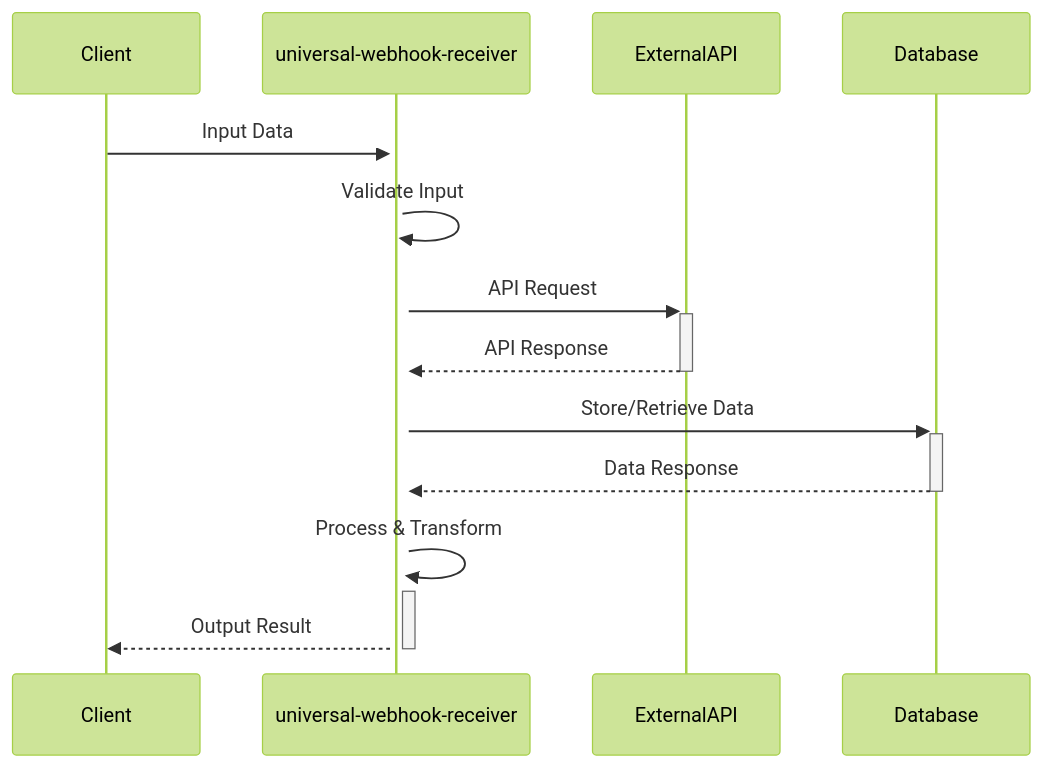
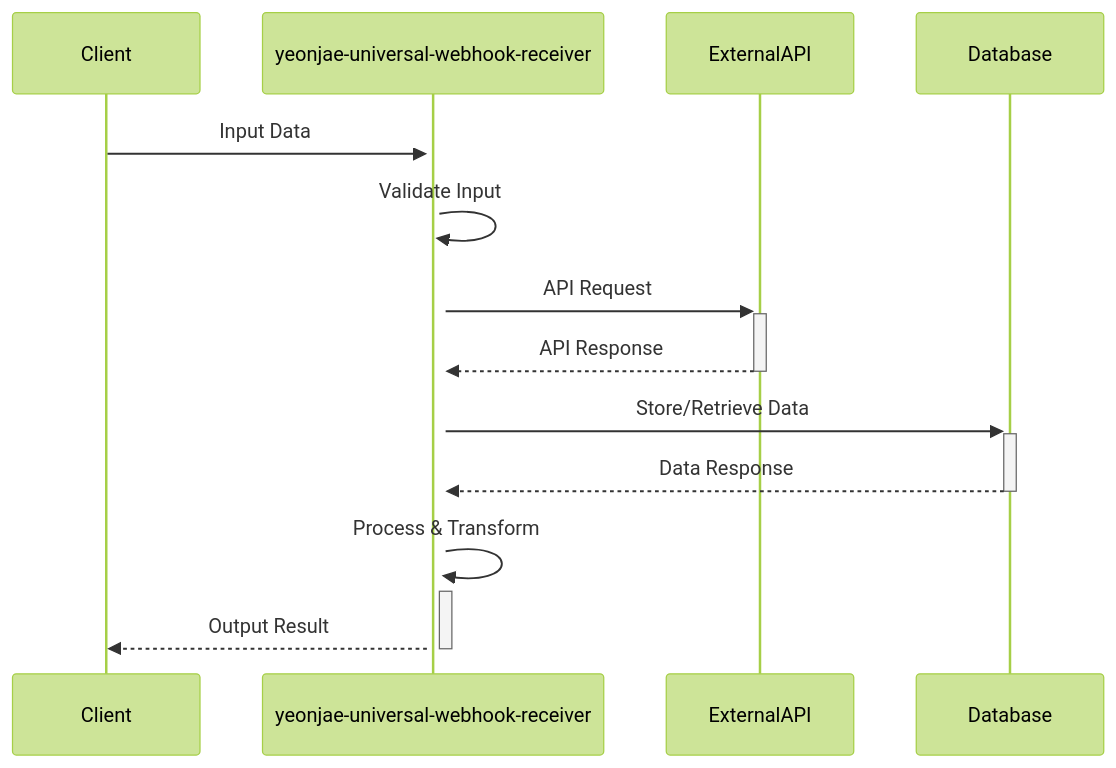
Before and after one commit to yeonjae-work/universal-modules: the third of 4 diagrams in packages/yeonjae-universal-webhook-receiver/docs/technical-specification.md, drawn with Mermaid (forest theme). The commit also changed other lines of this file and 11 other files, not shown here.

````diff
--- a/packages/yeonjae-universal-webhook-receiver/docs/technical-specification.md
+++ b/packages/yeonjae-universal-webhook-receiver/docs/technical-specification.md
@@ -152,16 +152,16 @@
 ```mermaid
 sequenceDiagram
     participant Client
-    participant universal-webhook-receiver
+    participant yeonjae-universal-webhook-receiver
     participant ExternalAPI
     participant Database
     
-    Client->>+universal-webhook-receiver: Input Data
-    universal-webhook-receiver->>+universal-webhook-receiver: Validate Input
-    universal-webhook-receiver->>+ExternalAPI: API Request
-    ExternalAPI-->>-universal-webhook-receiver: API Response
-    universal-webhook-receiver->>+Database: Store/Retrieve Data
-    Database-->>-universal-webhook-receiver: Data Response
-    universal-webhook-receiver->>+universal-webhook-receiver: Process & Transform
-    universal-webhook-receiver-->>-Client: Output Result
+    Client->>+yeonjae-universal-webhook-receiver: Input Data
+    yeonjae-universal-webhook-receiver->>+yeonjae-universal-webhook-receiver: Validate Input
+    yeonjae-universal-webhook-receiver->>+ExternalAPI: API Request
+    ExternalAPI-->>-yeonjae-universal-webhook-receiver: API Response
+    yeonjae-universal-webhook-receiver->>+Database: Store/Retrieve Data
+    Database-->>-yeonjae-universal-webhook-receiver: Data Response
+    yeonjae-universal-webhook-receiver->>+yeonjae-universal-webhook-receiver: Process & Transform
+    yeonjae-universal-webhook-receiver-->>-Client: Output Result
 ```
````
